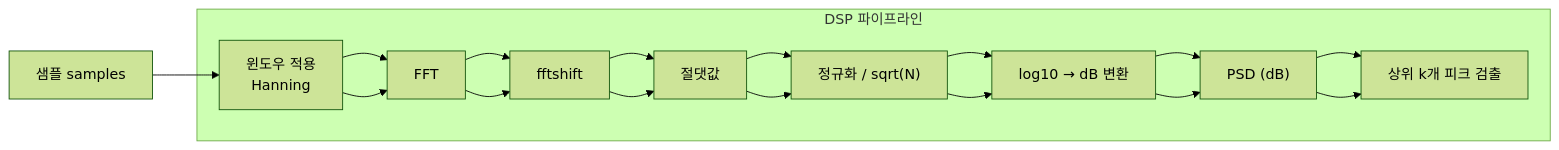
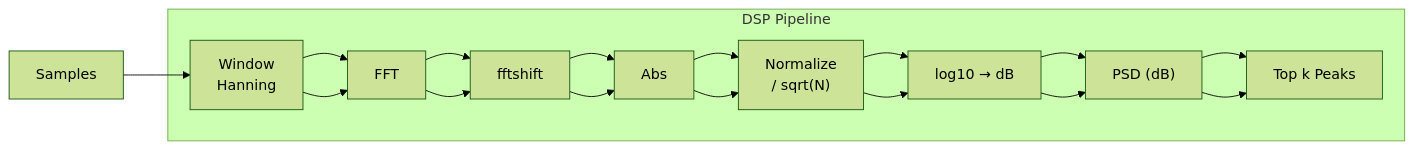
Before and after one commit to SeoulhsMETA/TempestSDR_new: the second of 2 diagrams in README.md, drawn with Mermaid (forest theme). The commit also changed other lines of this file, not shown here.

````diff
--- a/README.md
+++ b/README.md
@@ -29,15 +29,15 @@
 ```mermaid
 flowchart LR
-  S["샘플 samples"] --> W["윈도우 적용\nHanning"]
+  S["Samples"] --> W["Window<br/>Hanning"]
   W --> F["FFT"]
   F --> SH["fftshift"]
-  SH --> A["절댓값"]
-  A --> N["정규화 / sqrt(N)"]
-  N --> L["log10 → dB 변환"]
+  SH --> A["Abs"]
+  A --> N["Normalize<br/>/ sqrt(N)"]
+  N --> L["log10 → dB"]
   L --> PSD["PSD (dB)"]
-  PSD --> P["상위 k개 피크 검출"]
+  PSD --> P["Top k Peaks"]
 
-  subgraph "DSP 파이프라인"
+  subgraph "DSP Pipeline"
     W --> F --> SH --> A --> N --> L --> PSD --> P
   end
 ```
````
